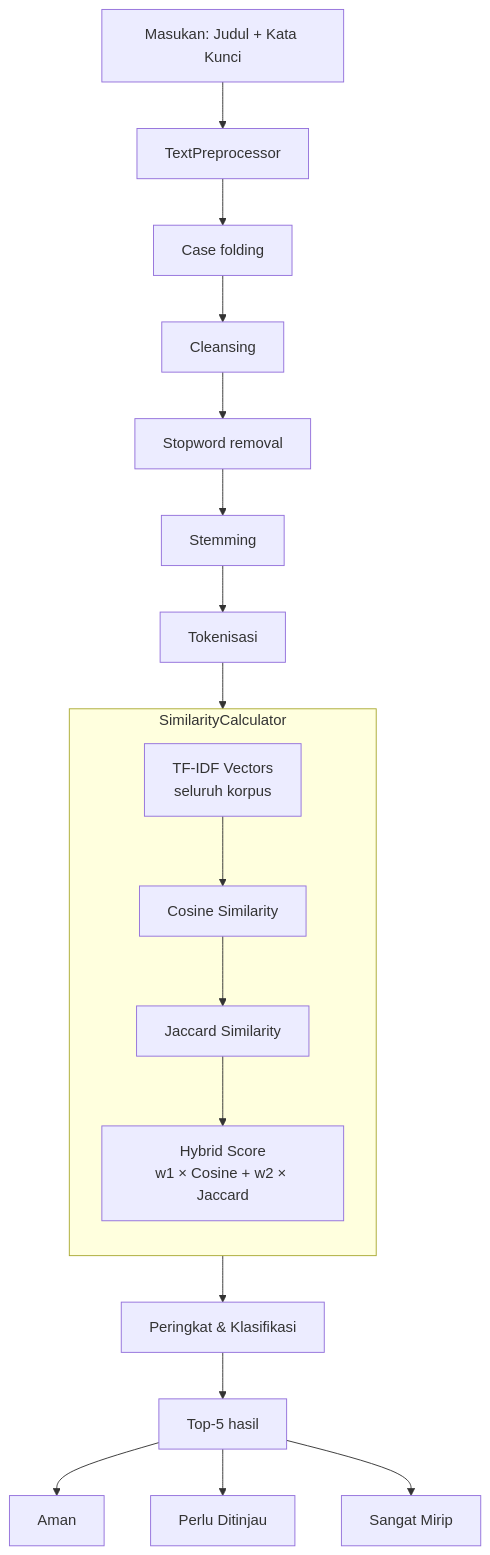
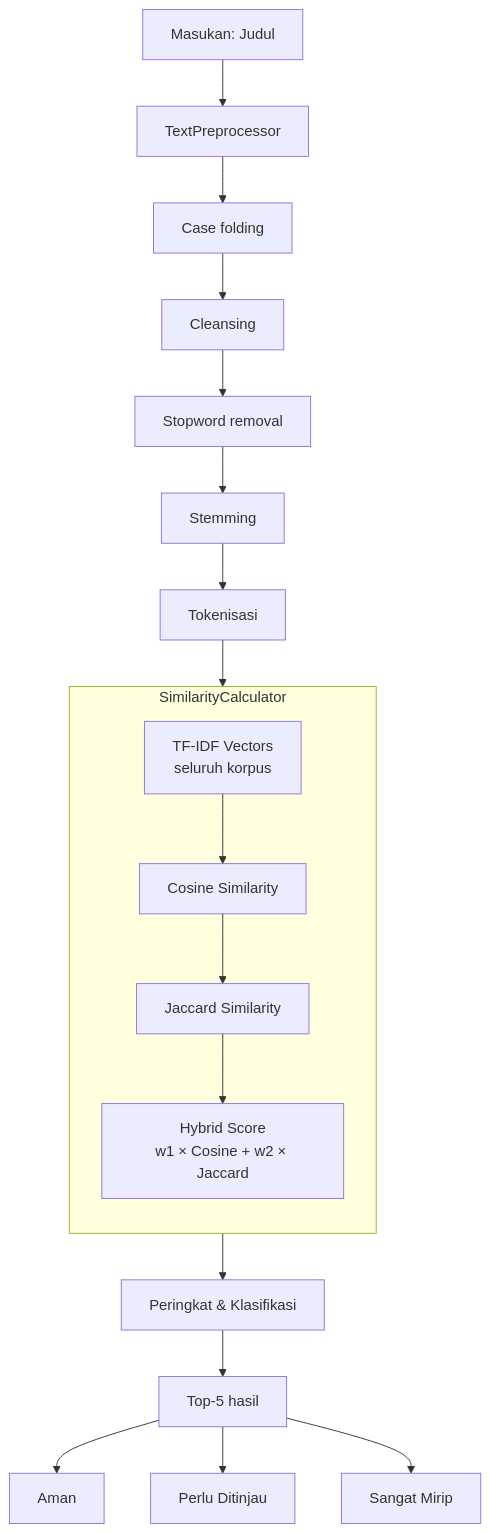
Before and after one commit to ghiyatsa/leksika: the first of 2 diagrams in README.md, drawn with Mermaid. The commit also changed other lines of this file and 18 other files, not shown here.

````diff
--- a/README.md
+++ b/README.md
@@ -83,23 +83,23 @@
 ```mermaid
 flowchart TD
-    A[Masukan: Judul + Kata Kunci] --> B[TextPreprocessor]
+    A[Masukan: Judul] --> B[TextPreprocessor]
     B --> C[Case folding]
     C --> D[Cleansing]
     D --> E[Stopword removal]
     E --> F[Stemming]
     F --> G[Tokenisasi]
     G --> H[SimilarityCalculator]
 
     subgraph H[SimilarityCalculator]
         direction TB
         H1[TF-IDF Vectors<br/>seluruh korpus] --> H2[Cosine Similarity]
         H2 --> H3[Jaccard Similarity]
         H3 --> H4[Hybrid Score<br/>w1 × Cosine + w2 × Jaccard]
     end
 
     H4 --> I[Peringkat & Klasifikasi]
     I --> J[Top-5 hasil]
     J --> K1[Aman]
     J --> K2[Perlu Ditinjau]
     J --> K3[Sangat Mirip]
 ```
````
